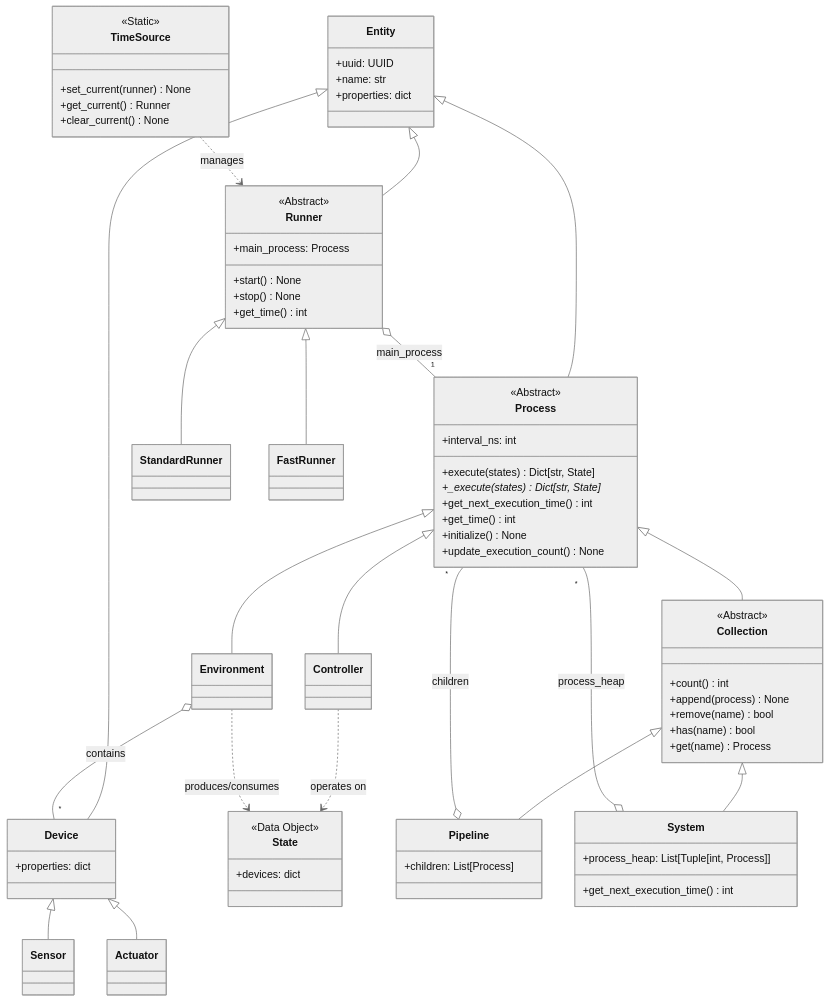
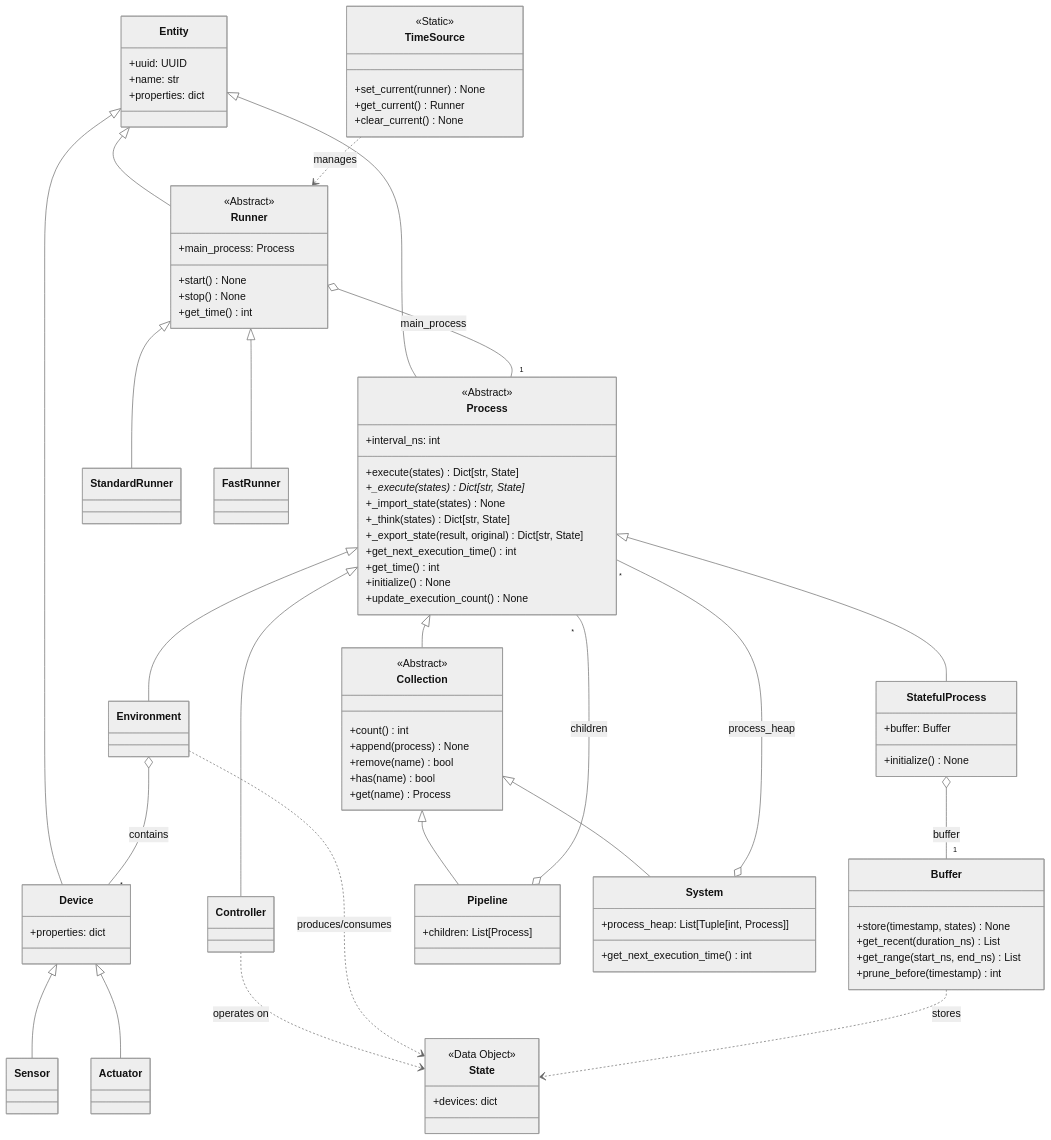
One commit to johnwbyrd/aifand changed the diagram in doc/architecture.md. Above: the diagram before and after it, drawn with Mermaid (neutral theme). The commit also changed other lines of this file and 1 other file, not shown here.

Commit message:
Architect Buffer and StatefulProcess concepts

````diff
--- a/doc/architecture.md
+++ b/doc/architecture.md
@@ -118,11 +218,24 @@
         <<Abstract>>
         +execute(states) Dict[str, State]
         +_execute(states) Dict[str, State]*
+        +_import_state(states) None
+        +_think(states) Dict[str, State]
+        +_export_state(result, original) Dict[str, State]
         +interval_ns: int
         +get_next_execution_time() int
         +get_time() int
         +initialize() None
         +update_execution_count() None
+    }
+    class StatefulProcess {
+        +buffer: Buffer
+        +initialize() None
+    }
+    class Buffer {
+        +store(timestamp, states) None
+        +get_recent(duration_ns) List
+        +get_range(start_ns, end_ns) List
+        +prune_before(timestamp) int
     }
     class Collection {
         <<Abstract>>
@@ -162,6 +275,7 @@
     Entity <|-- Runner
     Device <|-- Sensor
     Device <|-- Actuator
+    Process <|-- StatefulProcess
     Process <|-- Collection
     Process <|-- Controller
     Process <|-- Environment
@@ -173,8 +287,10 @@
     Pipeline o-- "*" Process : children
     System o-- "*" Process : process_heap
     Runner o-- "1" Process : main_process
+    StatefulProcess o-- "1" Buffer : buffer
     Environment o-- "*" Device : contains
     Controller ..> State : operates on
     Environment ..> State : produces/consumes
+    Buffer ..> State : stores
     TimeSource ..> Runner : manages
 ```
````
